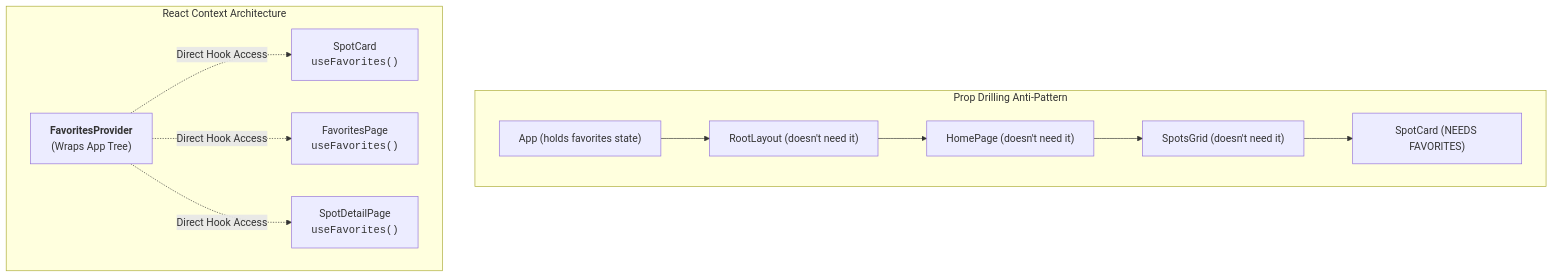
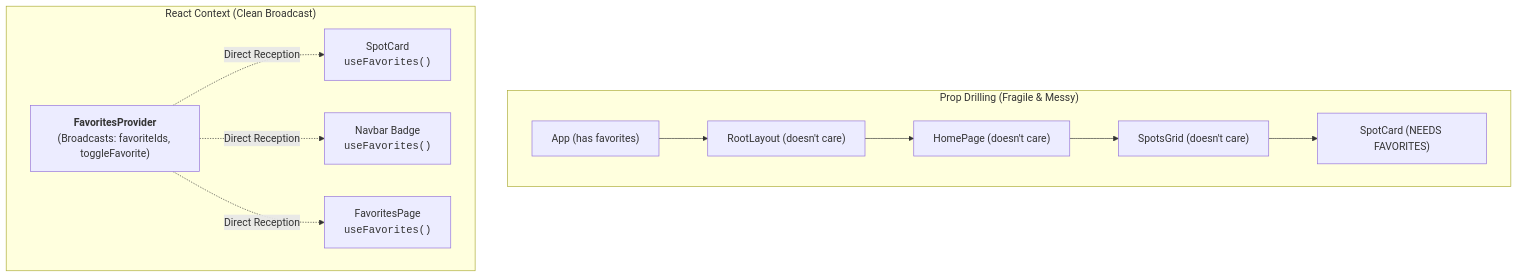
One commit to ajibolagenius/LagosDataSchool changed the fourth of 4 diagrams in full_stack_development_class_notes/Week 13_ Routing, Global State & Data Fetching.md. Above: the diagram before and after it, drawn with Mermaid. The commit also changed other lines of this file and 20 other files, not shown here.

````diff
--- a/full_stack_development_class_notes/Week 13_ Routing, Global State & Data Fetching.md
+++ b/full_stack_development_class_notes/Week 13_ Routing, Global State & Data Fetching.md
@@ -117,20 +168,20 @@
 ```mermaid
 graph TD
-    subgraph PropDrilling["Prop Drilling Anti-Pattern"]
-        App1["App (holds favorites state)"] --> Layout1["RootLayout (doesn't need it)"]
-        Layout1 --> Page1["HomePage (doesn't need it)"]
-        Page1 --> Grid1["SpotsGrid (doesn't need it)"]
-        Grid1 --> Card1["SpotCard (NEEDS FAVORITES)"]
+    subgraph Drilling["Prop Drilling (Fragile & Messy)"]
+        A["App (has favorites)"] --> B["RootLayout (doesn't care)"]
+        B --> C["HomePage (doesn't care)"]
+        C --> D["SpotsGrid (doesn't care)"]
+        D --> E["SpotCard (NEEDS FAVORITES)"]
     end
 
-    subgraph ContextAPI["React Context Architecture"]
-        Provider["<b>FavoritesProvider</b><br/>(Wraps App Tree)"]
-        Card2["SpotCard<br/><code>useFavorites()</code>"]
-        FavPage2["FavoritesPage<br/><code>useFavorites()</code>"]
-        Detail2["SpotDetailPage<br/><code>useFavorites()</code>"]
+    subgraph Context["React Context (Clean Broadcast)"]
+        TOWER["<b>FavoritesProvider</b><br/>(Broadcasts: favoriteIds, toggleFavorite)"]
+        CARD["SpotCard<br/><code>useFavorites()</code>"]
+        NAV["Navbar Badge<br/><code>useFavorites()</code>"]
+        PAGE["FavoritesPage<br/><code>useFavorites()</code>"]
 
-        Provider -.->|"Direct Hook Access"| Card2
-        Provider -.->|"Direct Hook Access"| FavPage2
-        Provider -.->|"Direct Hook Access"| Detail2
+        TOWER -.->|"Direct Reception"| CARD
+        TOWER -.->|"Direct Reception"| NAV
+        TOWER -.->|"Direct Reception"| PAGE
     end
 ```
````
